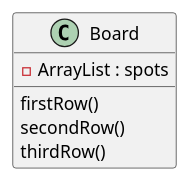
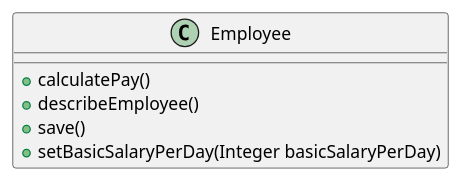
One commit to vikas-a/SOLID changed the diagram in docs/srp/srp-bad.puml. Above: the diagram before and after it, drawn with PlantUML. The commit also changed 17 other files, not shown here.

```diff
--- a/docs/srp/srp-bad.puml
+++ b/docs/srp/srp-bad.puml
@@ -1,9 +1,10 @@
 @startuml
 
-class Board{
-- ArrayList : spots
-firstRow()
-secondRow()
-thirdRow()
+class Employee{
+
++calculatePay()
++describeEmployee()
++save()
++setBasicSalaryPerDay(Integer basicSalaryPerDay)
 }
 @enduml
```
